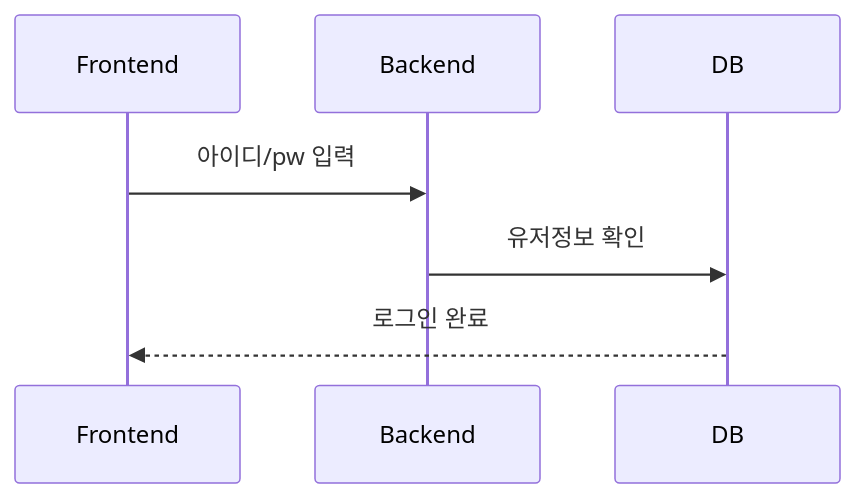
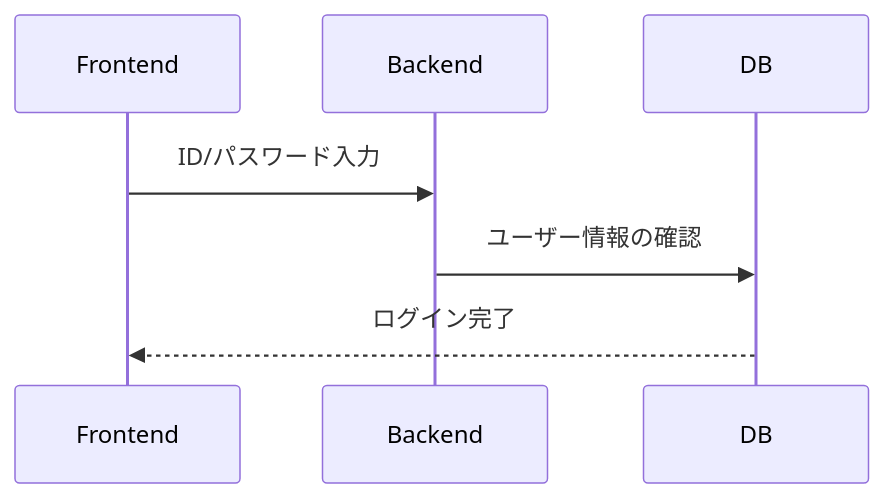
Before and after one commit to You-HyunHo/ani-frontend: the first of 10 diagrams in README_img/SEQUENCE.md, drawn with Mermaid. The commit also changed other lines of this file, not shown here.

````diff
--- a/README_img/SEQUENCE.md
+++ b/README_img/SEQUENCE.md
@@ -5,12 +5,12 @@
 ```mermaid
 sequenceDiagram 
 participant Frontend
 participant Backend
 participant DB
 
    
-    Frontend->>Backend: 아이디/pw 입력
-    Backend->>DB: 유저정보 확인
-    DB-->>Frontend: 로그인 완료
+    Frontend->>Backend: ID/パスワード入力
+    Backend->>DB: ユーザー情報の確認
+    DB-->>Frontend: ログイン完了
     
 ```
````
